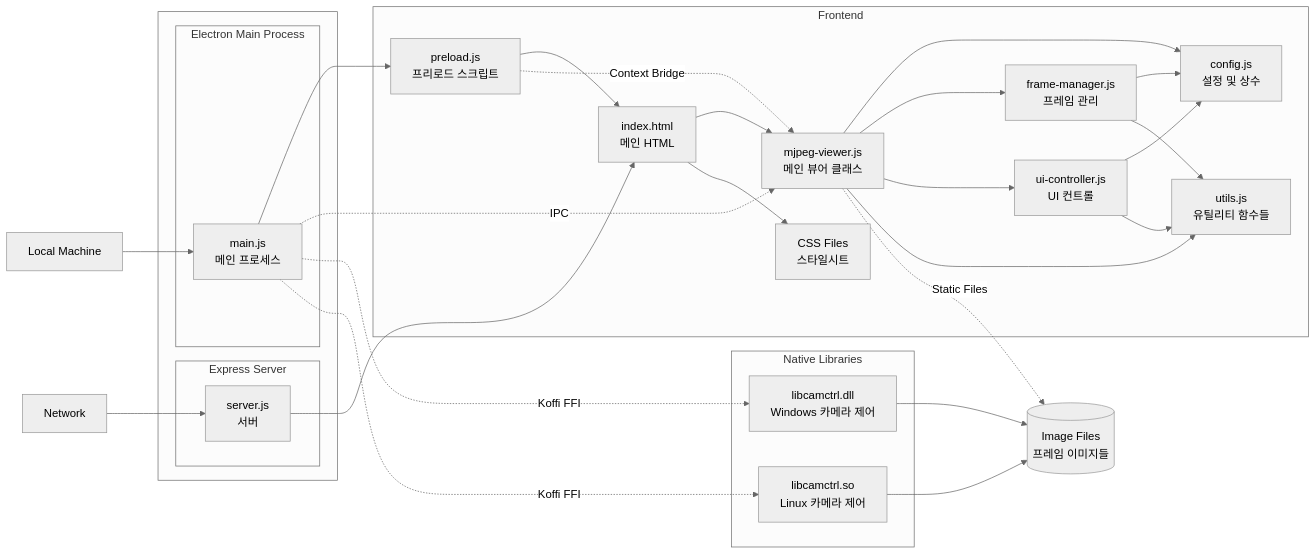
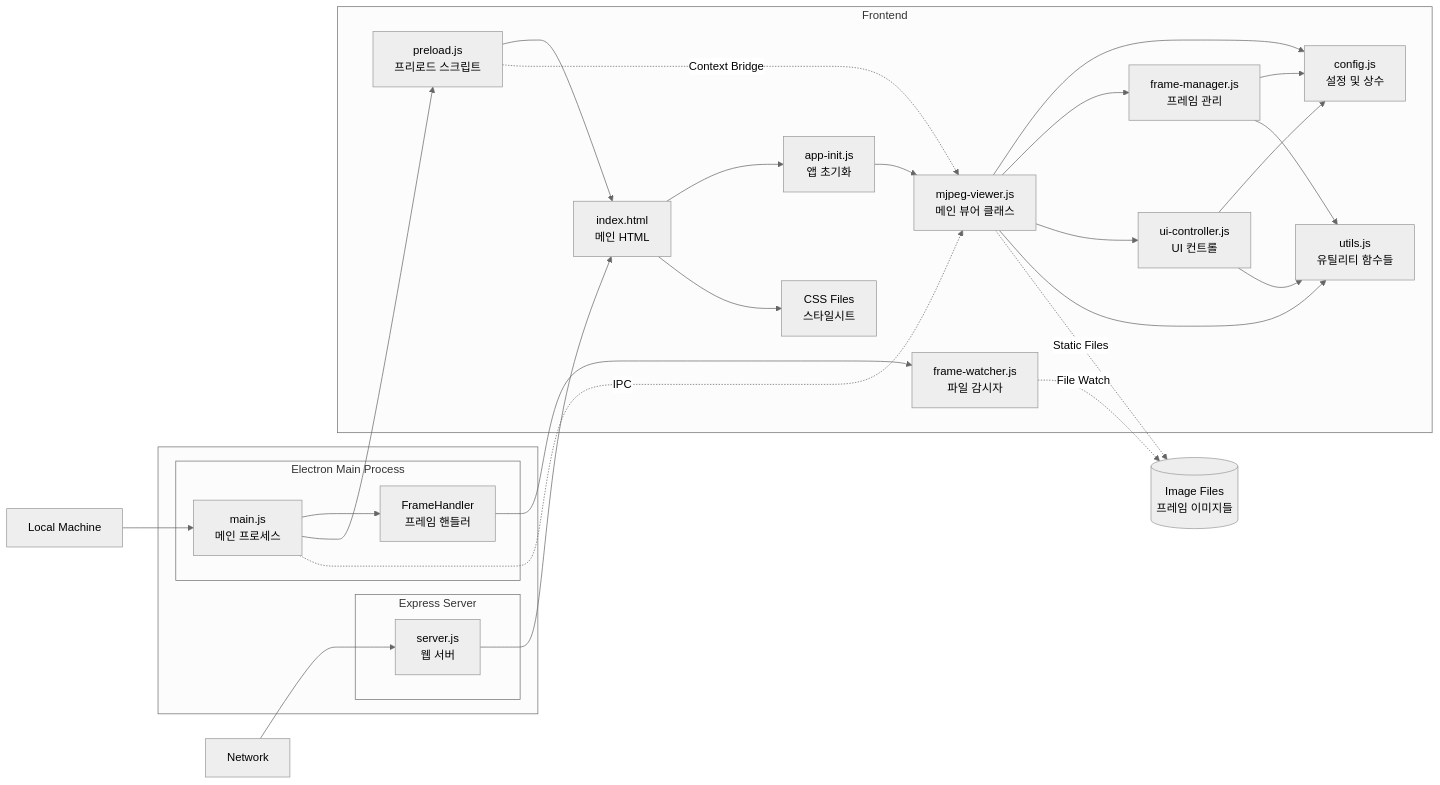
Before and after one commit to ddonyo/camera: the first of 4 diagrams in README.md, drawn with Mermaid (neutral theme). The commit also changed other lines of this file and 124 other files, not shown here.

````diff
--- a/README.md
+++ b/README.md
@@ -154,54 +127,52 @@
 ```mermaid
 graph LR
     AAA[Network]
     AA[Local Machine]
     subgraph " "
         subgraph "Express Server"
-            C[server.js<br/>서버]
+            C[server.js<br/>웹 서버]
         end
         subgraph "Electron Main Process"
             A[main.js<br/>메인 프로세스]
+            D[FrameHandler<br/>프레임 핸들러]
         end
     end
     subgraph "Frontend"
         B[preload.js<br/>프리로드 스크립트]
         G[index.html<br/>메인 HTML]
         H[mjpeg-viewer.js<br/>메인 뷰어 클래스]
         I[config.js<br/>설정 및 상수]
         J[frame-manager.js<br/>프레임 관리]
         K[ui-controller.js<br/>UI 컨트롤]
         L[utils.js<br/>유틸리티 함수들]
         M[CSS Files<br/>스타일시트]
-    end
-
-    subgraph "Native Libraries"
-        D[libcamctrl.dll<br/>Windows 카메라 제어]
-        DD[libcamctrl.so<br/>Linux 카메라 제어]
+        O[frame-watcher.js<br/>파일 감시자]
+        P[app-init.js<br/>앱 초기화]
     end
 
     N[(Image Files<br/>프레임 이미지들)]
 
     AA --> A
     AAA --> C
+    A --> D
     A --> B
+    D --> O
     B --> G
     C --> G
-    G --> H
+    G --> P
+    P --> H
     H --> I
     H --> J
     H --> K
     H --> L
     J --> I
     J --> L
     K --> I
     K --> L
     G --> M
-    D --> N
-    DD --> N
 
     A -.->|IPC| H
     B -.->|Context Bridge| H
-    A -.->|Koffi FFI| D
-    A -.->|Koffi FFI| DD
     H -.->|Static Files| N
+    O -.->|File Watch| N
 ```
````
